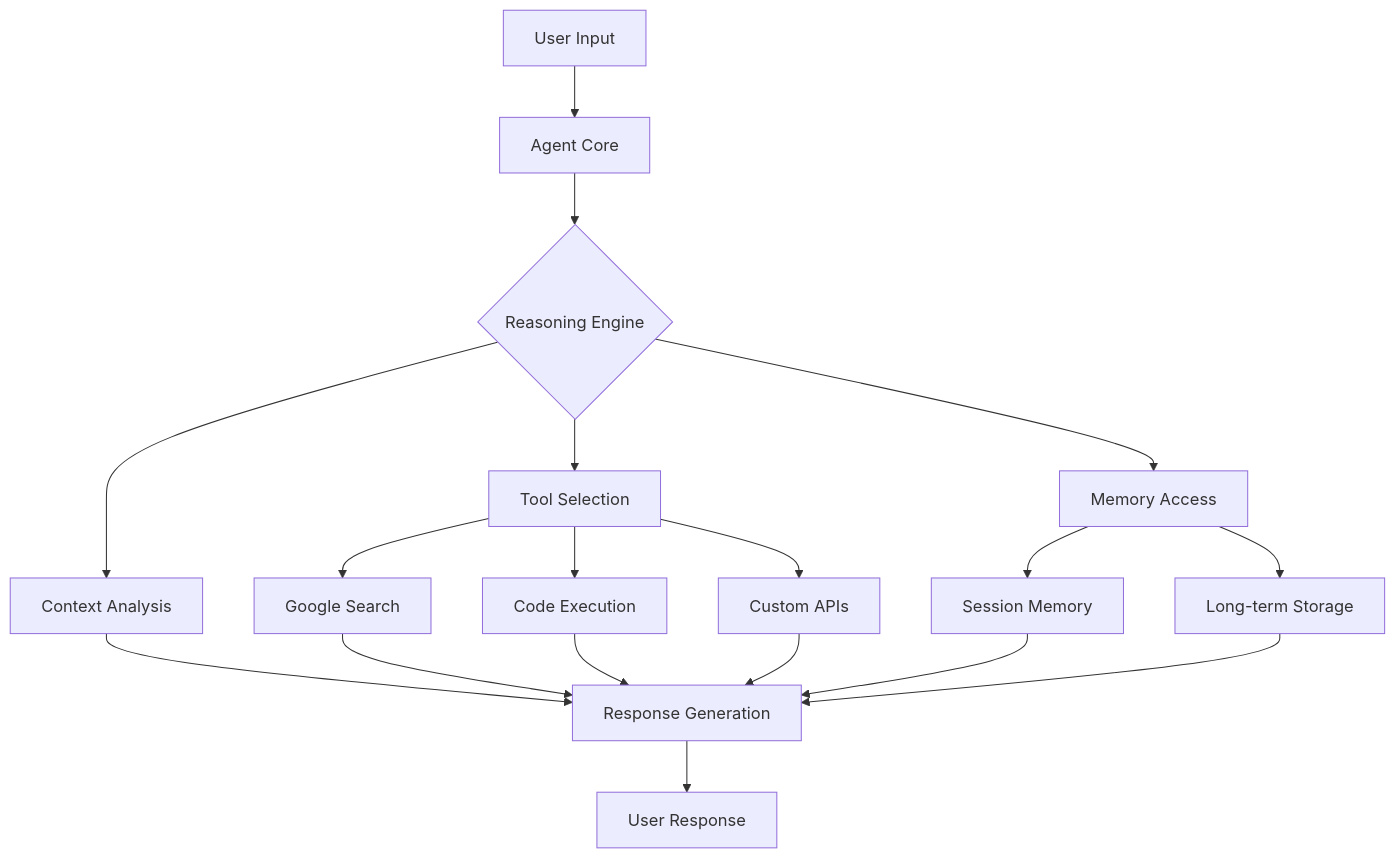
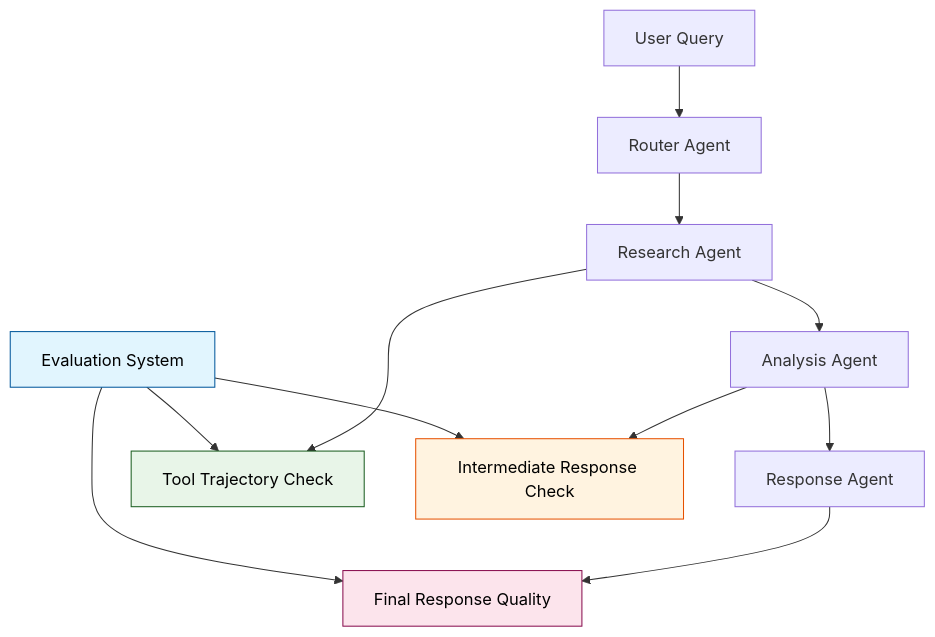
Before and after one commit to raphaelmansuy/tutorials: the seventh of 8 diagrams in 07_develop_ai_agent_with_google_adk.md, drawn with Mermaid. The commit also changed other lines of this file, not shown here.

Commit message:
Implement feature X to enhance user experience and fix bug Y in module Z

````diff
--- a/07_develop_ai_agent_with_google_adk.md
+++ b/07_develop_ai_agent_with_google_adk.md
@@ -158,20 +1938,20 @@
 ```mermaid
-flowchart TD
-    A[User Input] --> B[Agent Core]
-    B --> C{Reasoning Engine}
-    C --> D[Tool Selection]
-    C --> E[Memory Access]
-    C --> F[Context Analysis]
-    D --> G[Google Search]
-    D --> H[Code Execution]
-    D --> I[Custom APIs]
-    E --> J[Session Memory]
-    E --> K[Long-term Storage]
-    F --> L[Response Generation]
-    G --> L
-    H --> L
-    I --> L
-    J --> L
-    K --> L
-    L --> M[User Response]
+graph TD
+    A[User Query] --> B[Router Agent]
+    B --> C[Research Agent]
+    C --> D[Analysis Agent] 
+    D --> E[Response Agent]
+    
+    F[Evaluation System] --> G[Tool Trajectory Check]
+    F --> H[Intermediate Response Check]
+    F --> I[Final Response Quality]
+    
+    C --> G
+    D --> H
+    E --> I
+    
+    style F fill:#e1f5fe,stroke:#01579b,color:#000
+    style G fill:#e8f5e8,stroke:#1b5e20,color:#000
+    style H fill:#fff3e0,stroke:#e65100,color:#000
+    style I fill:#fce4ec,stroke:#880e4f,color:#000
 ```
````
